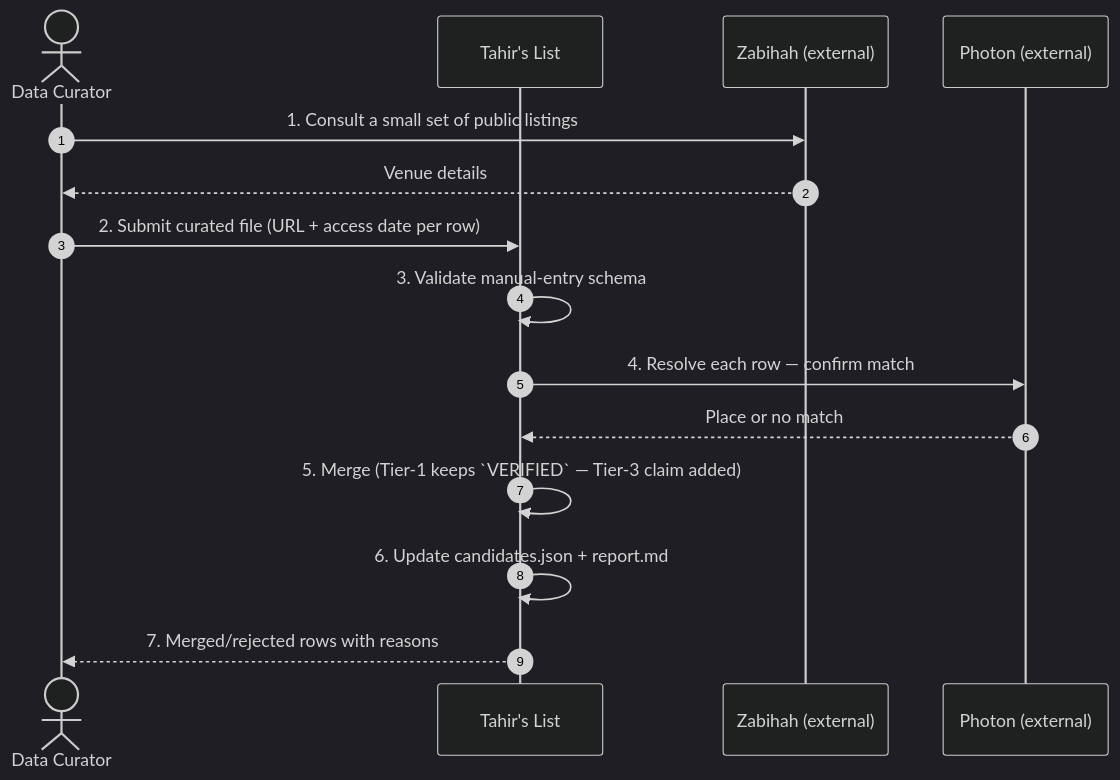
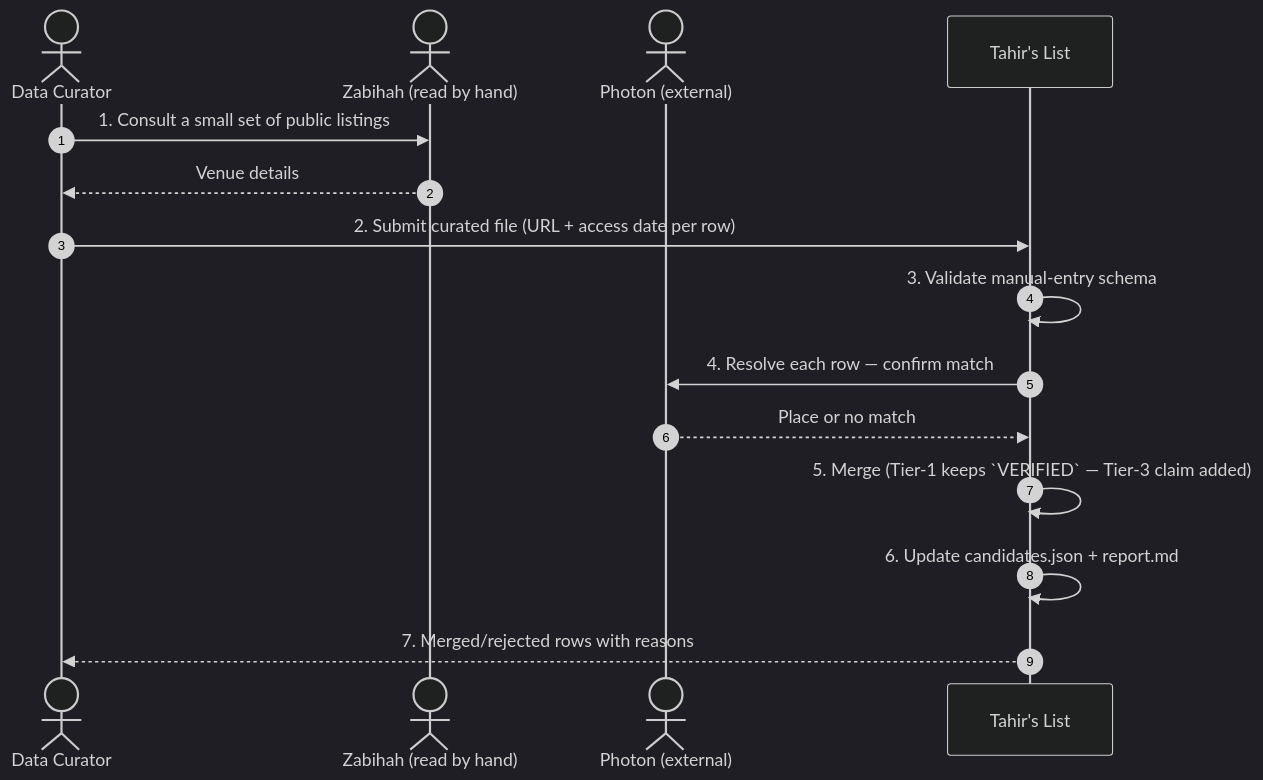
Before and after one commit to Losers-Lab/tahirs-list: the first of 6 diagrams in docs/features/SC-211/04-blackbox/UC-02-compile-cited-manual-batch.md, drawn with Mermaid (dark theme). The commit also changed 10 other files, not shown here.

Commit message:
[SC-211] Apply diagram actor and data-store conventions

````diff
--- a/docs/features/SC-211/04-blackbox/UC-02-compile-cited-manual-batch.md
+++ b/docs/features/SC-211/04-blackbox/UC-02-compile-cited-manual-batch.md
@@ -6,17 +6,17 @@
 ```mermaid
 sequenceDiagram
   autonumber
   actor DC as Data Curator
+  actor ZAB as Zabihah (read by hand)
+  actor PH as Photon (external)
   participant TL as Tahir's List
-  participant ZAB as Zabihah (external)
-  participant PH as Photon (external)
   DC->>ZAB: 1. Consult a small set of public listings
   ZAB-->>DC: Venue details
   DC->>TL: 2. Submit curated file (URL + access date per row)
   TL->>TL: 3. Validate manual-entry schema
   TL->>PH: 4. Resolve each row — confirm match
   PH-->>TL: Place or no match
   TL->>TL: 5. Merge (Tier-1 keeps `VERIFIED` — Tier-3 claim added)
   TL->>TL: 6. Update candidates.json + report.md
   TL-->>DC: 7. Merged/rejected rows with reasons
 ```
````
